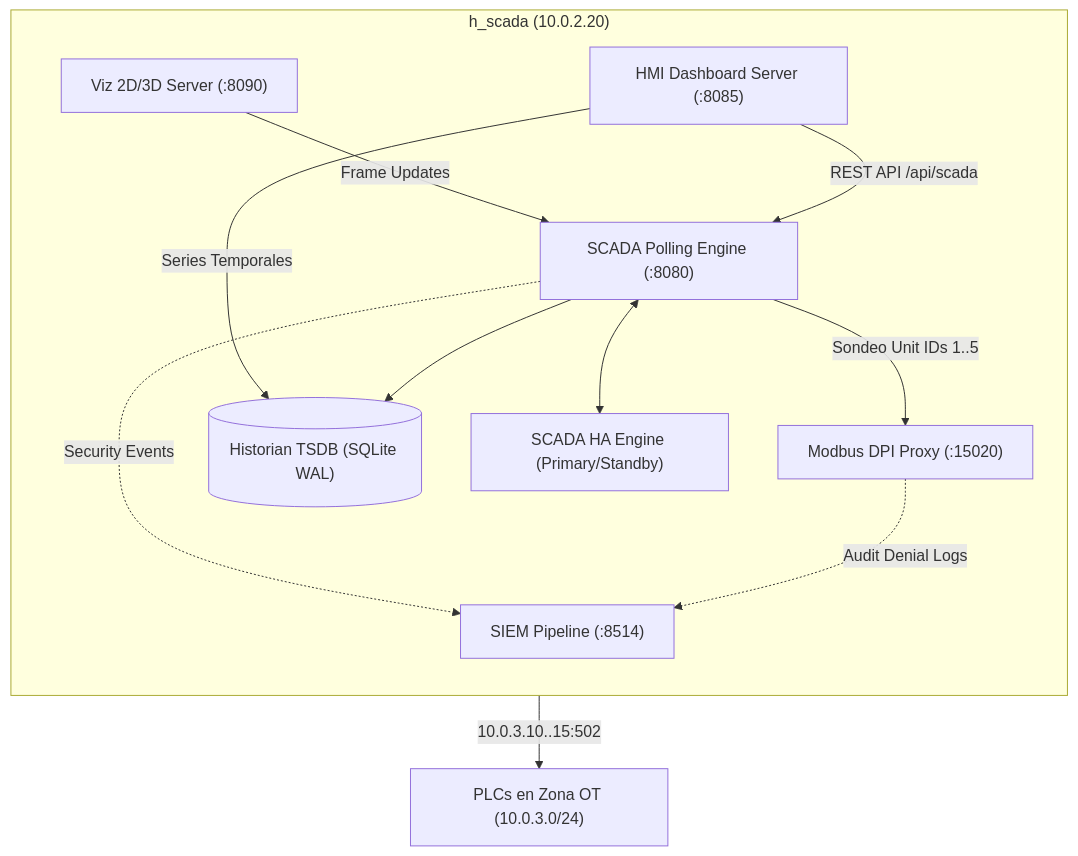
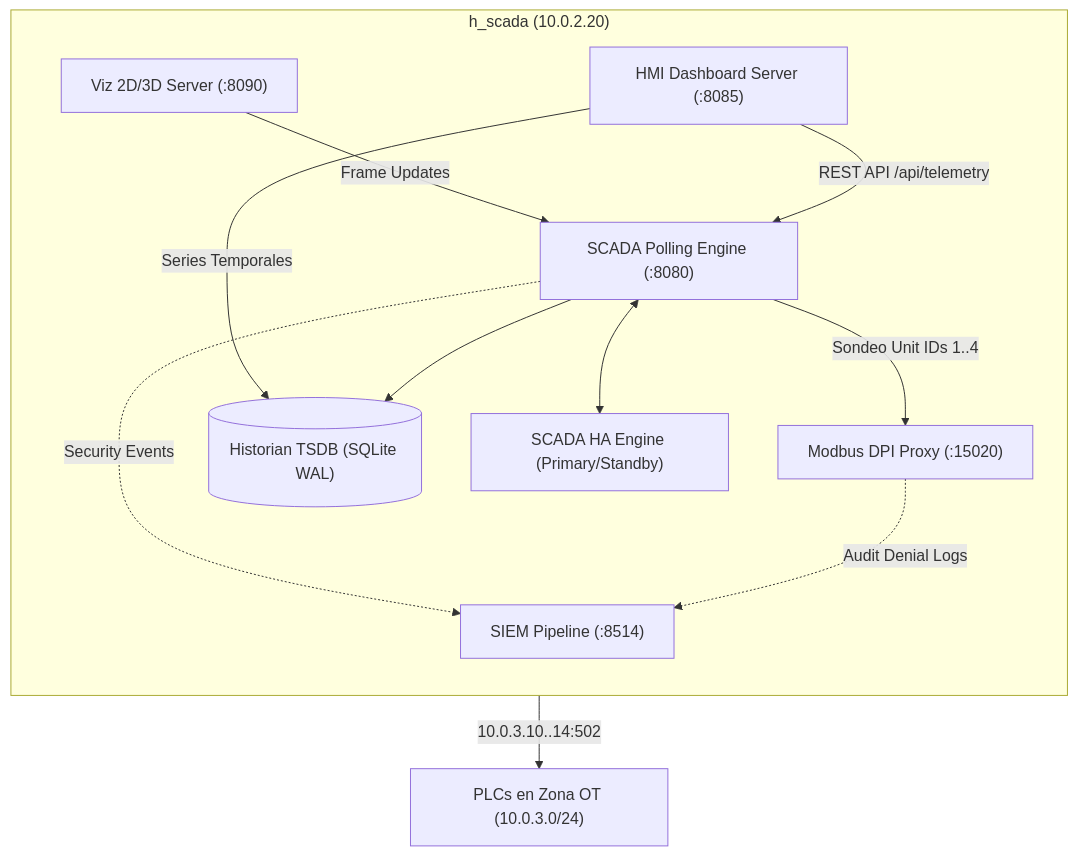
One commit to kripiman/CityLab changed the fourth of 4 diagrams in docs/ARCHITECTURE.md. Above: the diagram before and after it, drawn with Mermaid. The commit also changed other lines of this file and 7 other files, not shown here.

Commit message:
docs(fidelity): fix /api/telemetry endpoints, SIEM correlation rules, SDN priority, and CLI arguments

````diff
--- a/docs/ARCHITECTURE.md
+++ b/docs/ARCHITECTURE.md
@@ -269,23 +269,23 @@
 ```mermaid
 flowchart TD
     subgraph DMZ_Host ["h_scada (10.0.2.20)"]
         direction TB
         Proxy["Modbus DPI Proxy (:15020)"]
         SCADA_Engine["SCADA Polling Engine (:8080)"]
         HA_Cluster["SCADA HA Engine (Primary/Standby)"]
         Historian_DB[("Historian TSDB (SQLite WAL)")]
         HMI_App["HMI Dashboard Server (:8085)"]
         Viz_App["Viz 2D/3D Server (:8090)"]
         SIEM_Daemon["SIEM Pipeline (:8514)"]
     end
 
-    SCADA_Engine -->|Sondeo Unit IDs 1..5| Proxy
-    Proxy -->|10.0.3.10..15:502| OT_PLCs["PLCs en Zona OT (10.0.3.0/24)"]
+    SCADA_Engine -->|Sondeo Unit IDs 1..4| Proxy
+    Proxy -->|10.0.3.10..14:502| OT_PLCs["PLCs en Zona OT (10.0.3.0/24)"]
     SCADA_Engine --> Historian_DB
     SCADA_Engine <--> HA_Cluster
-    HMI_App -->|REST API /api/scada| SCADA_Engine
+    HMI_App -->|REST API /api/telemetry| SCADA_Engine
     HMI_App -->|Series Temporales| Historian_DB
     Viz_App -->|Frame Updates| SCADA_Engine
     Proxy -.->|Audit Denial Logs| SIEM_Daemon
     SCADA_Engine -.->|Security Events| SIEM_Daemon
 ```
````
